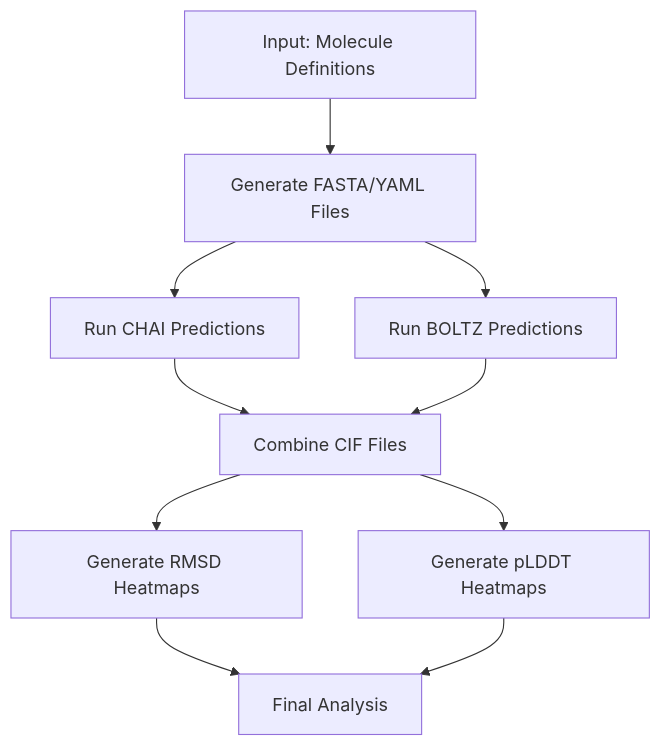
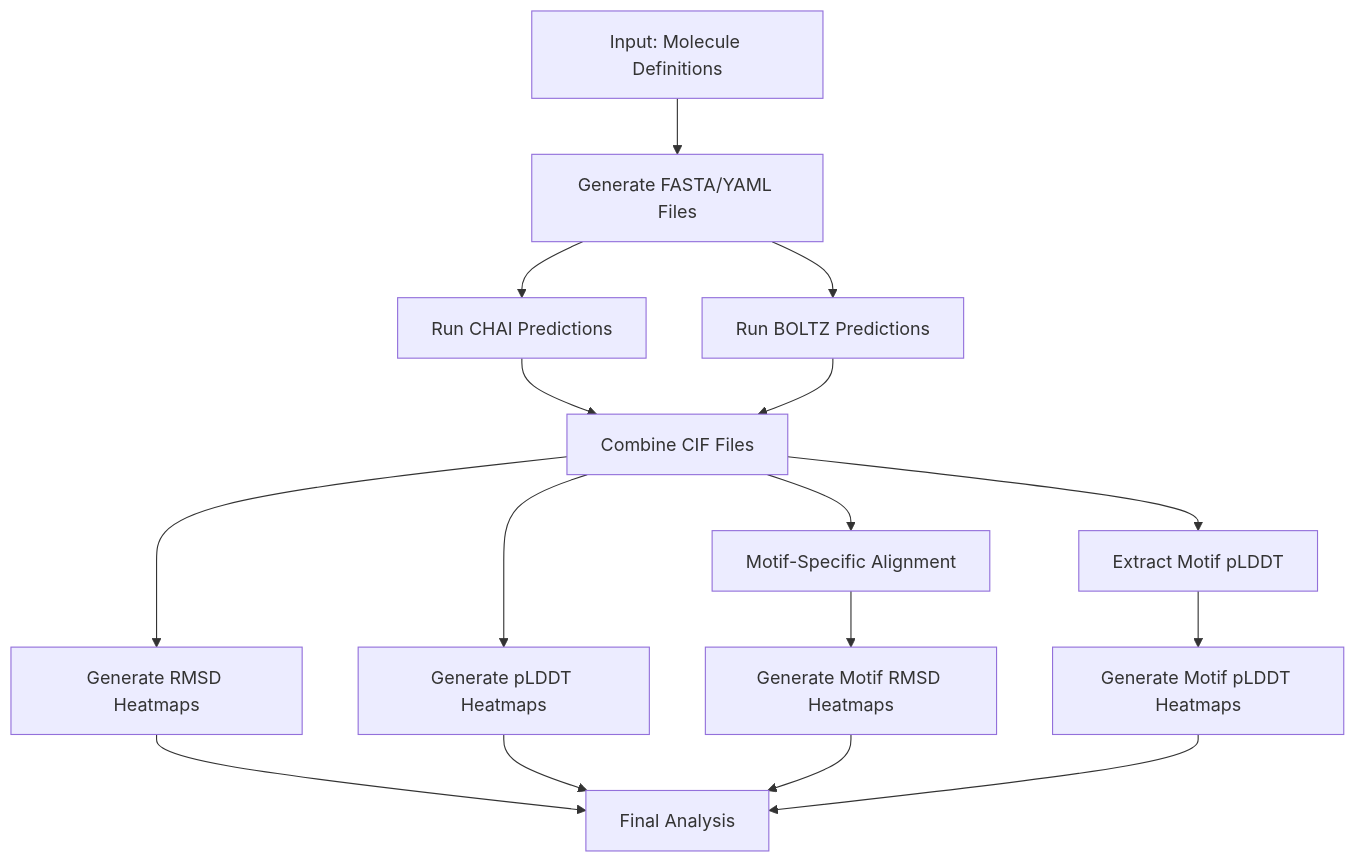
One commit to Westberg-Lab/Protein-Analysis-Pipeline changed the first of 3 diagrams in pipeline_overview.md. Above: the diagram before and after it, drawn with Mermaid. The commit also changed other lines of this file, not shown here.

````diff
--- a/pipeline_overview.md
+++ b/pipeline_overview.md
@@ -11,12 +11,18 @@
 ```mermaid
 graph TD
     A[Input: Molecule Definitions] --> B[Generate FASTA/YAML Files]
     B --> C1[Run CHAI Predictions]
     B --> C2[Run BOLTZ Predictions]
     C1 --> D[Combine CIF Files]
     C2 --> D
     D --> E1[Generate RMSD Heatmaps]
     D --> E2[Generate pLDDT Heatmaps]
+    D --> M1[Motif-Specific Alignment]
+    D --> M2[Extract Motif pLDDT]
+    M1 --> M3[Generate Motif RMSD Heatmaps]
+    M2 --> M4[Generate Motif pLDDT Heatmaps]
     E1 --> F[Final Analysis]
     E2 --> F
+    M3 --> F
+    M4 --> F
 ```
````
